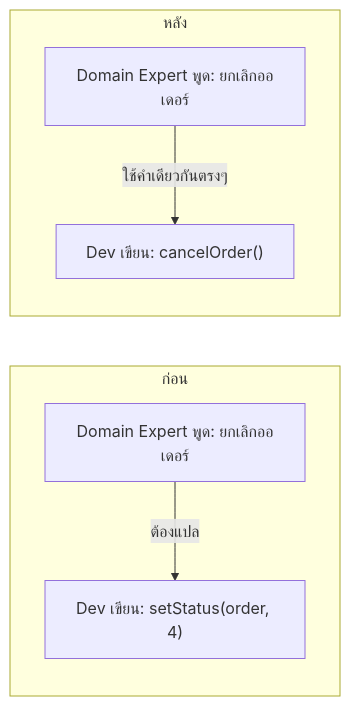
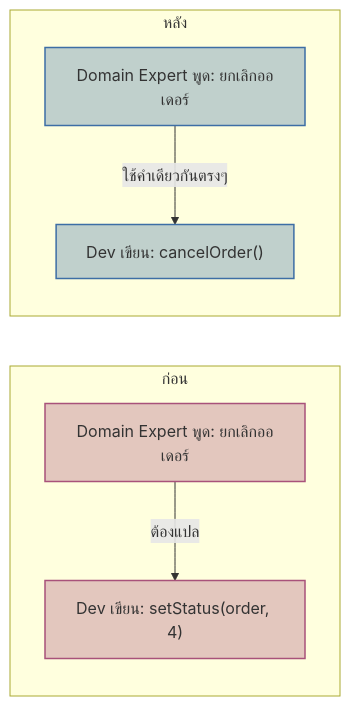
The diagram in src/content/module-15/02-ubiquitous-language.md (Thail3/study-system), drawn with Mermaid before and after one commit. The commit also changed other lines of this file and 41 other files, not shown here.

First line of the commit message:
add Security Architecture pillar, Strangler Fig and intro topics, and bring System Architecture content up to par with System Design

````diff
--- a/src/content/module-15/02-ubiquitous-language.md
+++ b/src/content/module-15/02-ubiquitous-language.md
@@ -20,9 +20,14 @@
 ```mermaid
 flowchart LR
     subgraph Before["ก่อน"]
         B1["Domain Expert พูด: ยกเลิกออเดอร์"] -->|ต้องแปล| B2["Dev เขียน: setStatus(order, 4)"]
     end
     subgraph After["หลัง"]
         A1["Domain Expert พูด: ยกเลิกออเดอร์"] -->|ใช้คำเดียวกันตรงๆ| A2["Dev เขียน: cancelOrder()"]
     end
+
+    classDef problem fill:#a8527a52,stroke:#a8527a,stroke-width:1.5px
+    classDef fixed fill:#3d6ea552,stroke:#3d6ea5,stroke-width:1.5px
+    class B1,B2 problem
+    class A1,A2 fixed
 ```
````
